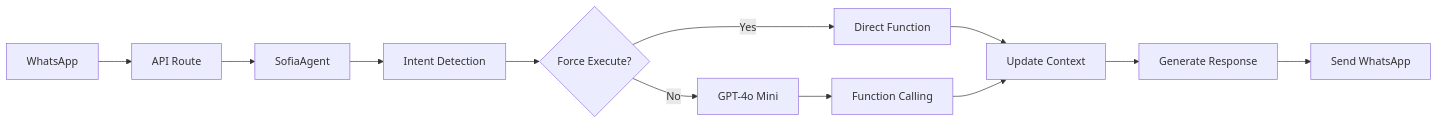
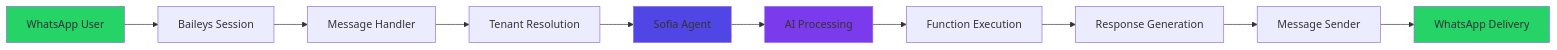
The second of 2 diagrams in SOFIA.md (IgorGewehr/locai), drawn with Mermaid before and after one commit. The commit also changed other lines of this file and 5 other files, not shown here.

````diff
--- a/SOFIA.md
+++ b/SOFIA.md
@@ -357,14 +558,17 @@
 ```mermaid
 graph LR
-    A[WhatsApp] --> B[API Route]
-    B --> C[SofiaAgent]
-    C --> D[Intent Detection]
-    D --> E{Force Execute?}
-    E -->|Yes| F[Direct Function]
-    E -->|No| G[GPT-4o Mini]
-    G --> H[Function Calling]
-    F --> I[Update Context]
-    H --> I
-    I --> J[Generate Response]
-    J --> K[Send WhatsApp]
+    A[WhatsApp User] --> B[Baileys Session]
+    B --> C[Message Handler]
+    C --> D[Tenant Resolution]
+    D --> E[Sofia Agent]
+    E --> F[AI Processing]
+    F --> G[Function Execution]
+    G --> H[Response Generation]
+    H --> I[Message Sender]
+    I --> J[WhatsApp Delivery]
+    
+    style A fill:#25d366
+    style J fill:#25d366
+    style E fill:#4f46e5
+    style F fill:#7c3aed
 ```
````
